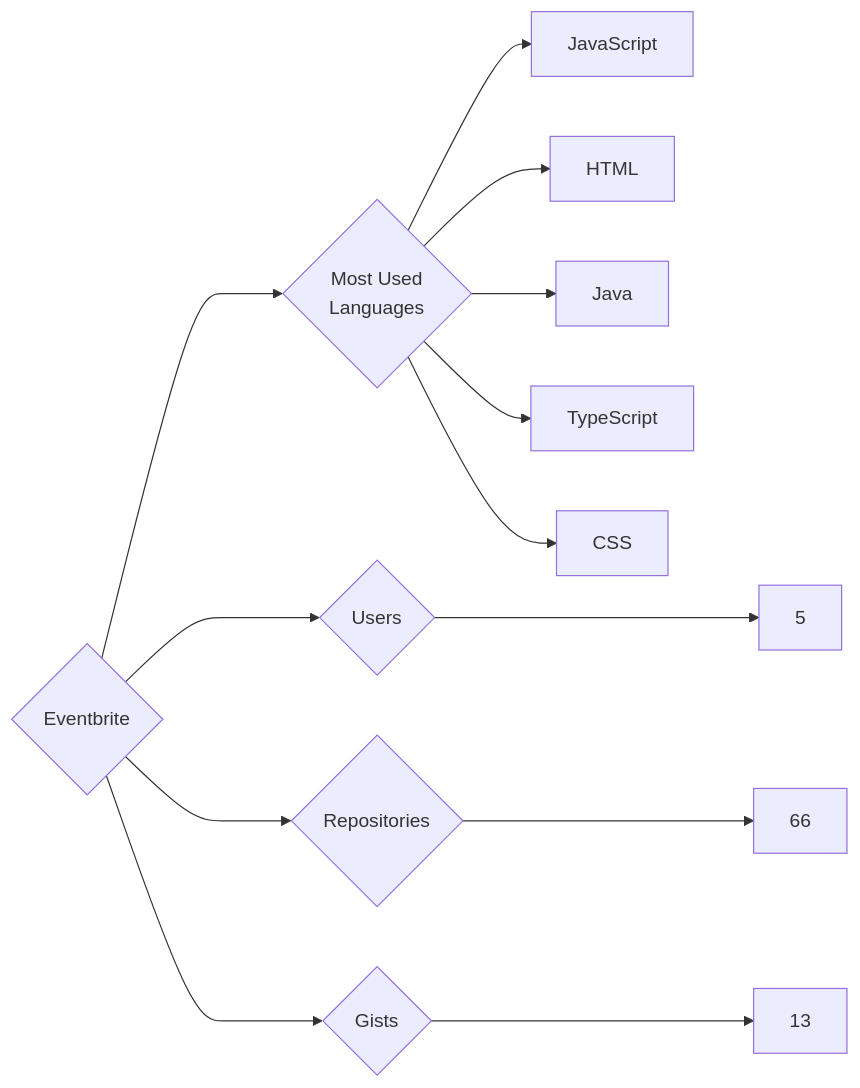
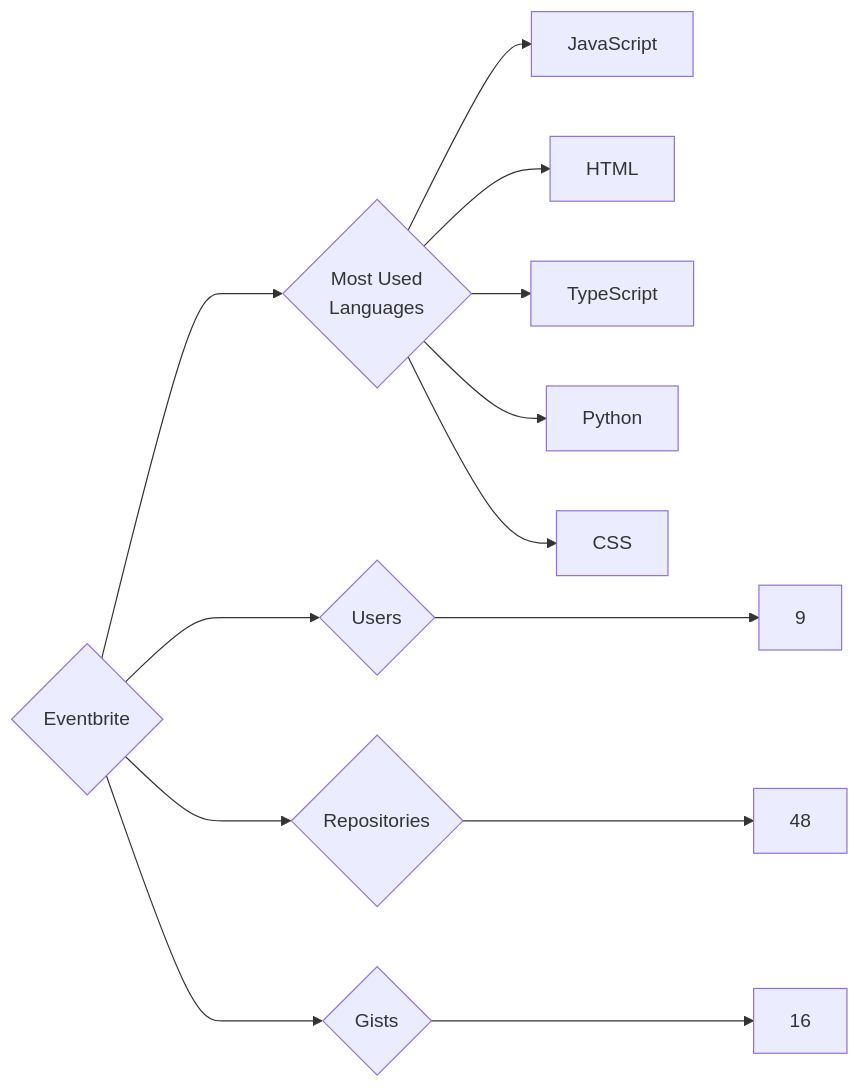
Before and after one commit to trickest/insiders: the diagram in targets/Eventbrite/README.md, drawn with Mermaid. The commit also changed 895 other files, not shown here.

````diff
--- a/targets/Eventbrite/README.md
+++ b/targets/Eventbrite/README.md
@@ -3,13 +3,13 @@
 ```mermaid
 graph LR
 COMPANY_NAME{Eventbrite}
-COMPANY_NAME ---> U{Users} ---> UN[5]
-COMPANY_NAME ---> R{Repositories} ---> RN[66]
-COMPANY_NAME ---> G{Gists} ---> GN[13]
+COMPANY_NAME ---> U{Users} ---> UN[9]
+COMPANY_NAME ---> R{Repositories} ---> RN[48]
+COMPANY_NAME ---> G{Gists} ---> GN[16]
 COMPANY_NAME ---> ML{Most Used<br>Languages}
 ML --> JavaScript[JavaScript]
 ML --> HTML[HTML]
-ML --> Java[Java]
 ML --> TypeScript[TypeScript]
+ML --> Python[Python]
 ML --> CSS[CSS]
 ```
````
